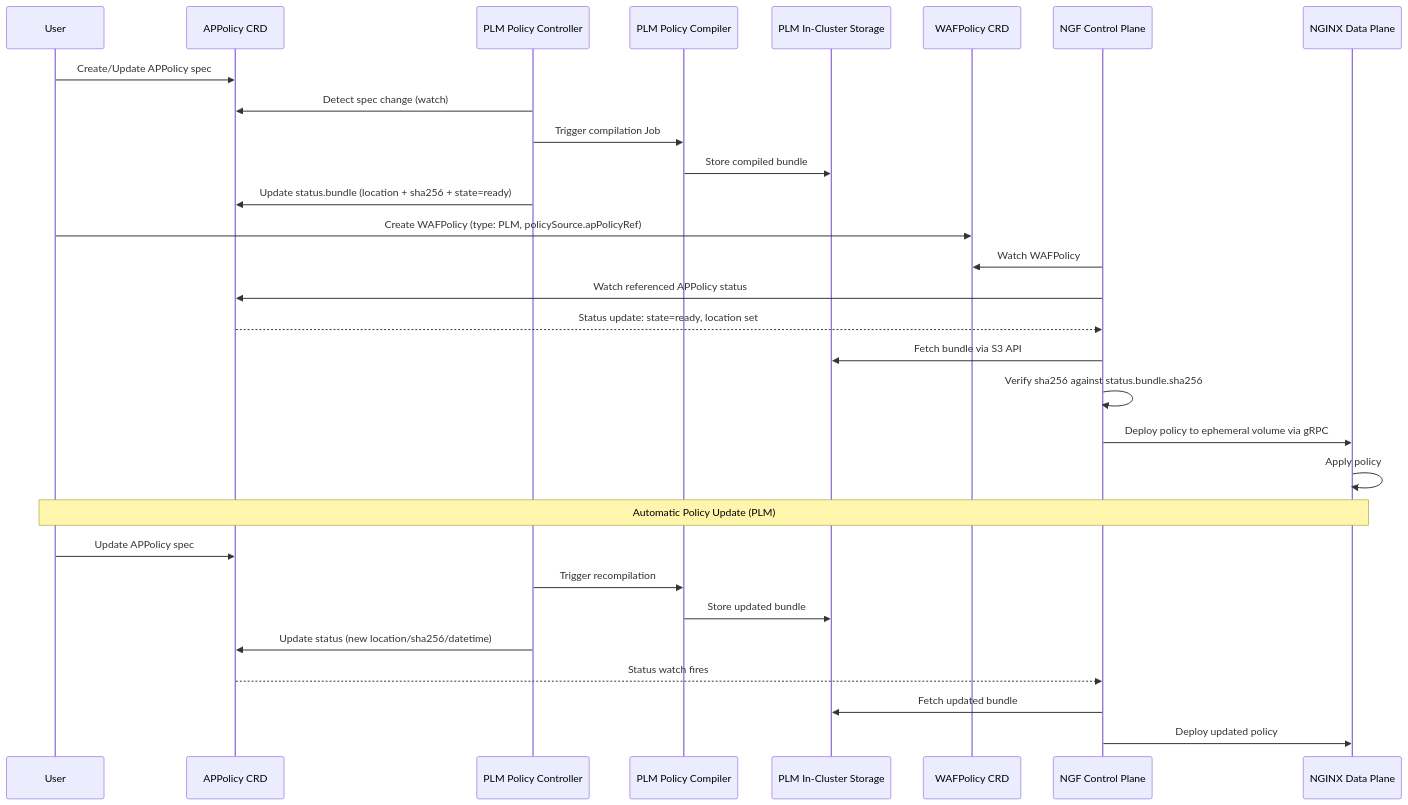
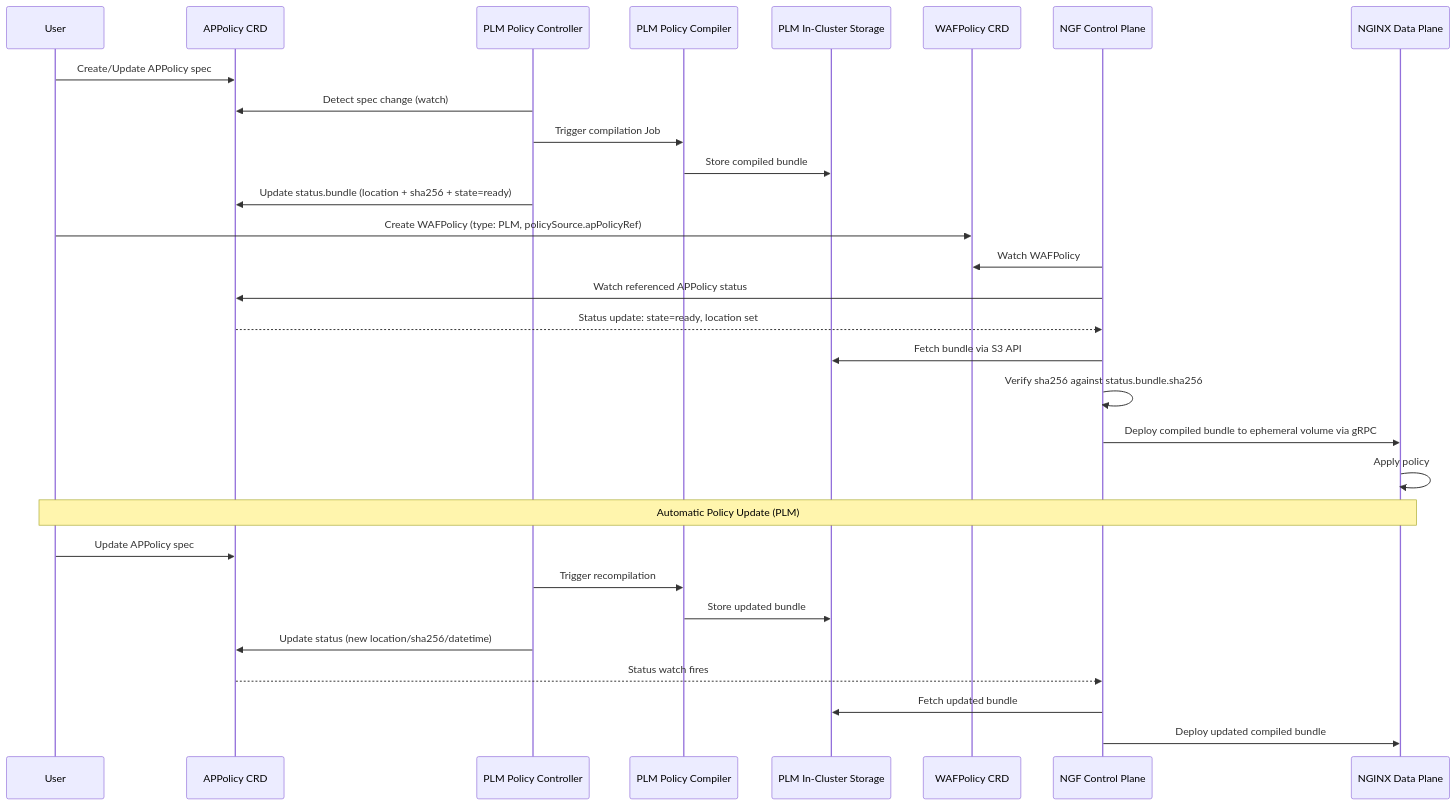
Before and after one commit to nginx/nginx-gateway-fabric: the fourth of 4 diagrams in docs/proposals/nap-waf.md, drawn with Mermaid. The commit also changed other lines of this file, not shown here.

Commit message:
Update nap waf EP with policy compilation workflows

````diff
--- a/docs/proposals/nap-waf.md
+++ b/docs/proposals/nap-waf.md
@@ -341,35 +431,35 @@
 ```mermaid
 sequenceDiagram
     participant User
     participant APPolicy as APPolicy CRD
     participant PLMController as PLM Policy Controller
     participant PLMCompiler as PLM Policy Compiler
     participant PLMStorage as PLM In-Cluster Storage
     participant WAFPolicy as WAFPolicy CRD
     participant NGF as NGF Control Plane
     participant DataPlane as NGINX Data Plane
 
     User->>APPolicy: Create/Update APPolicy spec
     PLMController->>APPolicy: Detect spec change (watch)
     PLMController->>PLMCompiler: Trigger compilation Job
     PLMCompiler->>PLMStorage: Store compiled bundle
     PLMController->>APPolicy: Update status.bundle (location + sha256 + state=ready)
 
     User->>WAFPolicy: Create WAFPolicy (type: PLM, policySource.apPolicyRef)
     NGF->>WAFPolicy: Watch WAFPolicy
     NGF->>APPolicy: Watch referenced APPolicy status
     APPolicy-->>NGF: Status update: state=ready, location set
     NGF->>PLMStorage: Fetch bundle via S3 API
     NGF->>NGF: Verify sha256 against status.bundle.sha256
-    NGF->>DataPlane: Deploy policy to ephemeral volume via gRPC
+    NGF->>DataPlane: Deploy compiled bundle to ephemeral volume via gRPC
     DataPlane->>DataPlane: Apply policy
 
     Note over User,DataPlane: Automatic Policy Update (PLM)
     User->>APPolicy: Update APPolicy spec
     PLMController->>PLMCompiler: Trigger recompilation
     PLMCompiler->>PLMStorage: Store updated bundle
     PLMController->>APPolicy: Update status (new location/sha256/datetime)
     APPolicy-->>NGF: Status watch fires
     NGF->>PLMStorage: Fetch updated bundle
-    NGF->>DataPlane: Deploy updated policy
+    NGF->>DataPlane: Deploy updated compiled bundle
 ```
````
